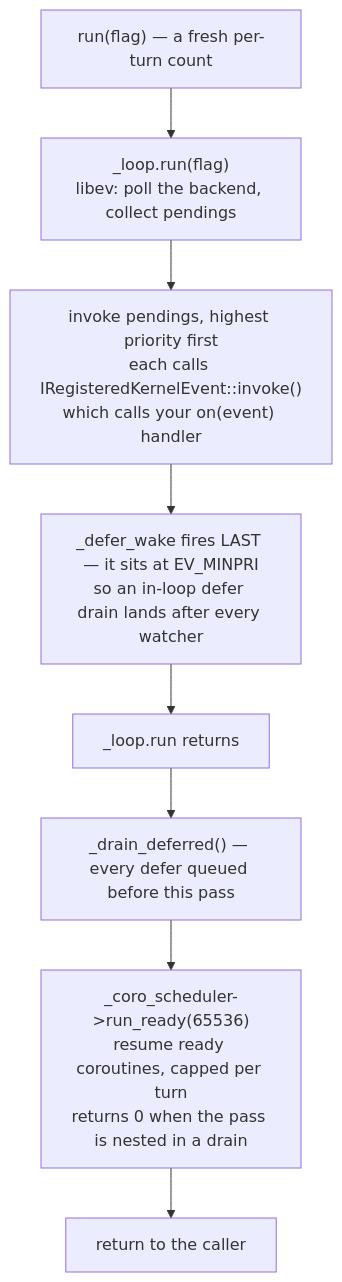
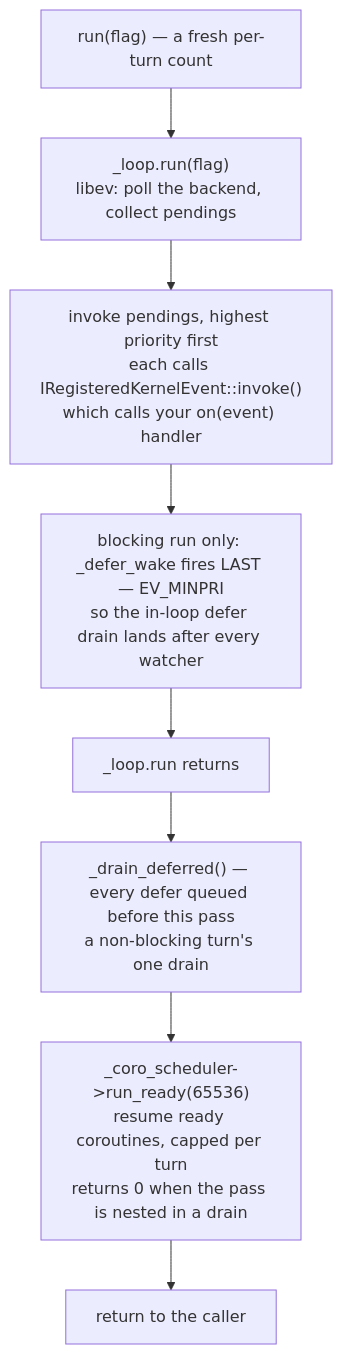
The diagram in readme/3_qb_io/async_system.md (isndev/qb), drawn with Mermaid before and after one commit. The commit also changed other lines of this file and 20 other files, not shown here.

````diff
--- a/readme/3_qb_io/async_system.md
+++ b/readme/3_qb_io/async_system.md
@@ -29,10 +29,10 @@
 ```mermaid
 flowchart TD
     A["run(flag) — a fresh per-turn count"] --> B["_loop.run(flag)<br/>libev: poll the backend, collect pendings"]
     B --> C["invoke pendings, highest priority first<br/>each calls IRegisteredKernelEvent::invoke()<br/>which calls your on(event) handler"]
-    C --> D["_defer_wake fires LAST — it sits at EV_MINPRI<br/>so an in-loop defer drain lands after every watcher"]
+    C --> D["blocking run only: _defer_wake fires LAST — EV_MINPRI<br/>so the in-loop defer drain lands after every watcher"]
     D --> E["_loop.run returns"]
-    E --> F["_drain_deferred() — every defer queued before this pass"]
+    E --> F["_drain_deferred() — every defer queued before this pass<br/>a non-blocking turn's one drain"]
     F --> G["_coro_scheduler->run_ready(65536)<br/>resume ready coroutines, capped per turn<br/>returns 0 when the pass is nested in a drain"]
     G --> H["return to the caller"]
 ```
````
